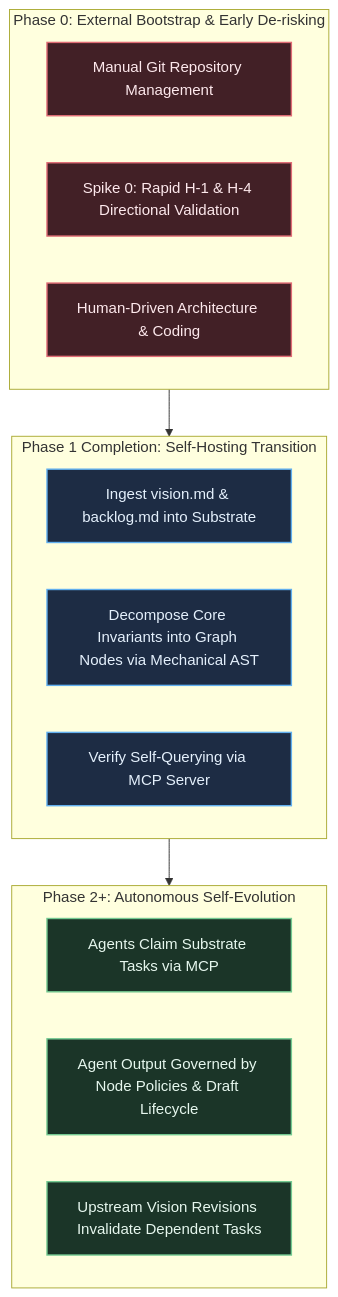
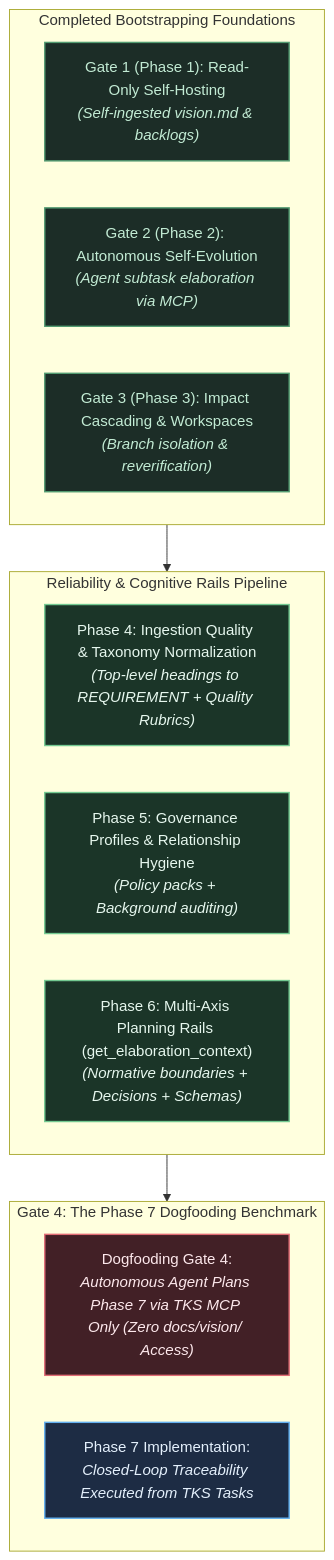
Before and after one commit to Shapedsundew9/tks: the second of 3 diagrams in docs/vision/strategic-planning-backlog.md, drawn with Mermaid. The commit also changed other lines of this file and 11 other files, not shown here.

````diff
--- a/docs/vision/strategic-planning-backlog.md
+++ b/docs/vision/strategic-planning-backlog.md
@@ -171,54 +207,54 @@
 ```mermaid
 %%{init: {
   'theme': 'base',
   'themeVariables': {
     'darkMode': true,
     'background': '#161922',
     'mainBkg': '#1e2230',
     'nodeBorder': '#434c5e',
     'textColor': '#e2e8f0',
     'fontFamily': 'ui-sans-serif, system-ui, -apple-system, BlinkMacSystemFont, "Segoe UI", Roboto, "Helvetica Neue", Arial, sans-serif',
     'fontSize': '14px',
     'lineColor': '#8892b0',
     'primaryColor': '#422026',
     'primaryTextColor': '#fde8ec',
     'primaryBorderColor': '#e06c75',
     'secondaryColor': '#1b3528',
     'secondaryTextColor': '#e6f7ee',
     'secondaryBorderColor': '#73c991',
     'tertiaryColor': '#1d2c44',
     'tertiaryTextColor': '#e4f0fc',
     'tertiaryBorderColor': '#61afef',
     'clusterBkg': '#13161f',
     'clusterBorder': '#373e51',
     'noteBkgColor': '#2e271a',
     'noteTextColor': '#fdf4db',
     'noteBorderColor': '#e5c07b',
     'edgeLabelBackground': '#1a1d27'
   }
 }}%%
 flowchart TD
     classDef primary fill:#422026,stroke:#e06c75,stroke-width:1.5px,color:#fde8ec;
     classDef secondary fill:#1b3528,stroke:#73c991,stroke-width:1.5px,color:#e6f7ee;
     classDef tertiary fill:#1d2c44,stroke:#61afef,stroke-width:1.5px,color:#e4f0fc;
+    classDef completed fill:#1c2d27,stroke:#529b71,stroke-width:1.5px,color:#c2ebd4;
 
-    subgraph Phase0["Phase 0: External Bootstrap & Early De-risking"]
-        E1["Manual Git Repository Management"]:::primary
-        E2["Spike 0: Rapid H-1 & H-4 Directional Validation"]:::primary
-        E3["Human-Driven Architecture & Coding"]:::primary
+    subgraph Complete["Completed Bootstrapping Foundations"]
+        G1["Gate 1 (Phase 1): Read-Only Self-Hosting<br/><i>(Self-ingested vision.md & backlogs)</i>"]:::completed
+        G2["Gate 2 (Phase 2): Autonomous Self-Evolution<br/><i>(Agent subtask elaboration via MCP)</i>"]:::completed
+        G3["Gate 3 (Phase 3): Impact Cascading & Workspaces<br/><i>(Branch isolation & reverification)</i>"]:::completed
     end
 
-    subgraph Transition["Phase 1 Completion: Self-Hosting Transition"]
-        T1["Ingest vision.md & backlog.md into Substrate"]:::tertiary
-        T2["Decompose Core Invariants into Graph Nodes via Mechanical AST"]:::tertiary
-        T3["Verify Self-Querying via MCP Server"]:::tertiary
+    subgraph Expansion["Reliability & Cognitive Rails Pipeline"]
+        B4["Phase 4: Ingestion Quality & Taxonomy Normalization<br/><i>(Top-level headings to REQUIREMENT + Quality Rubrics)</i>"]:::secondary
+        B5["Phase 5: Governance Profiles & Relationship Hygiene<br/><i>(Policy packs + Background auditing)</i>"]:::secondary
+        B6["Phase 6: Multi-Axis Planning Rails (get_elaboration_context)<br/><i>(Normative boundaries + Decisions + Schemas)</i>"]:::secondary
     end
 
-    subgraph Phase2Plus["Phase 2+: Autonomous Self-Evolution"]
-        I1["Agents Claim Substrate Tasks via MCP"]:::secondary
-        I2["Agent Output Governed by Node Policies & Draft Lifecycle"]:::secondary
-        I3["Upstream Vision Revisions Invalidate Dependent Tasks"]:::secondary
+    subgraph DogfoodTarget["Gate 4: The Phase 7 Dogfooding Benchmark"]
+        G4["Dogfooding Gate 4:<br/><i>Autonomous Agent Plans Phase 7 via TKS MCP Only (Zero docs/vision/ Access)</i>"]:::primary
+        P7Exec["Phase 7 Implementation:<br/><i>Closed-Loop Traceability Executed from TKS Tasks</i>"]:::tertiary
     end
 
-    Phase0 --> Transition --> Phase2Plus
+    Complete --> Expansion --> DogfoodTarget
 ```
````
